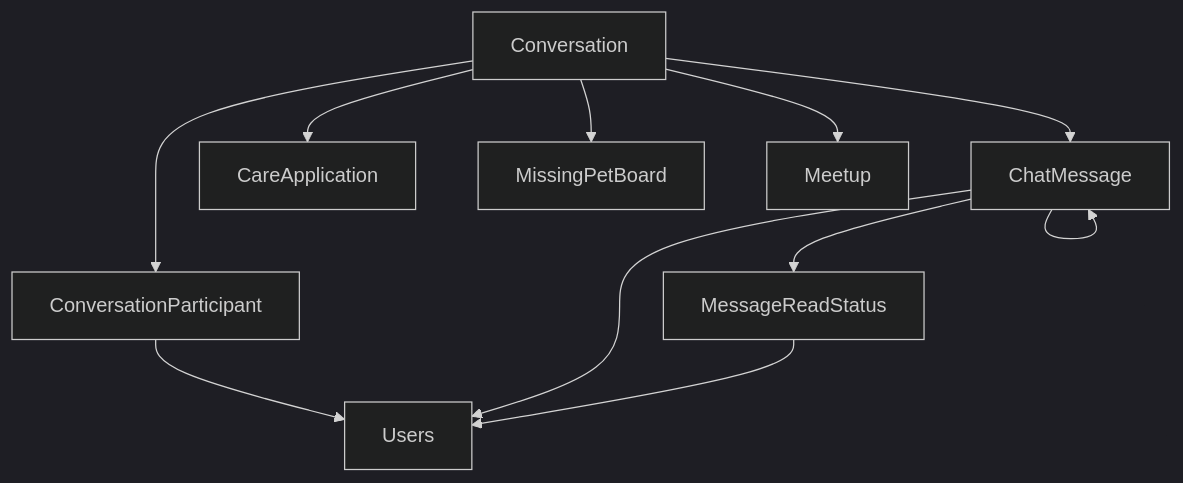
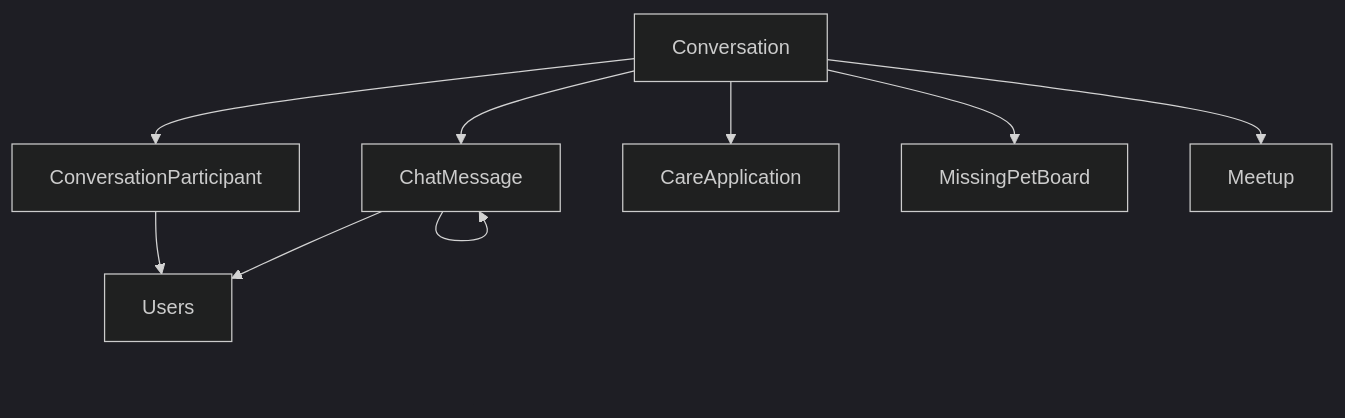
The diagram in docs/domains/chat.md (makkong1/Petory), drawn with Mermaid (dark theme) before and after one commit. The commit also changed other lines of this file and 14 other files, not shown here.

````diff
--- a/docs/domains/chat.md
+++ b/docs/domains/chat.md
@@ -368,13 +374,11 @@
 ```mermaid
 graph TD
     A[Conversation] --> B[ConversationParticipant]
     A --> C[ChatMessage]
     B --> D[Users]
     C --> D
-    C --> E[MessageReadStatus]
-    E --> D
     C --> C
     A --> F[CareApplication]
     A --> G[MissingPetBoard]
     A --> H[Meetup]
 ```
````
